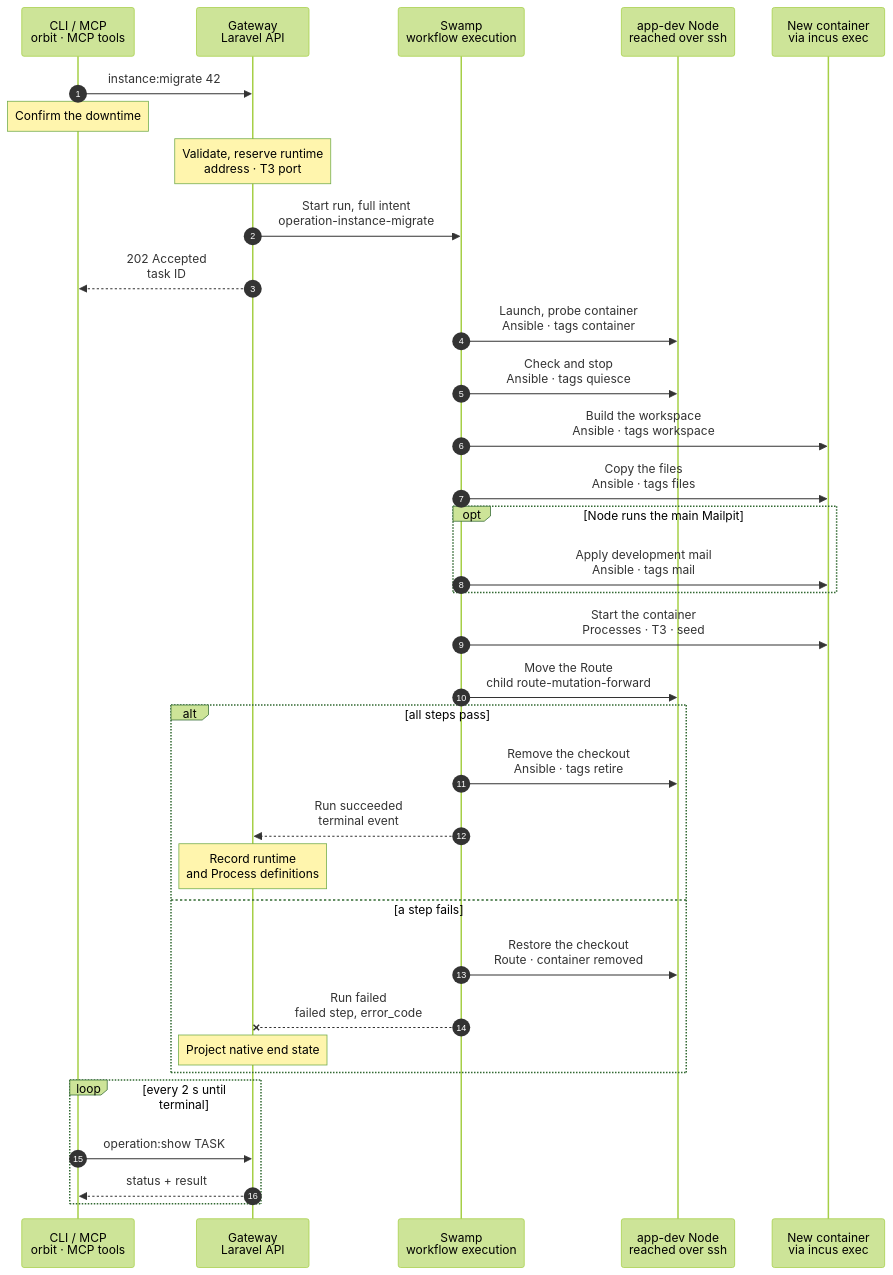
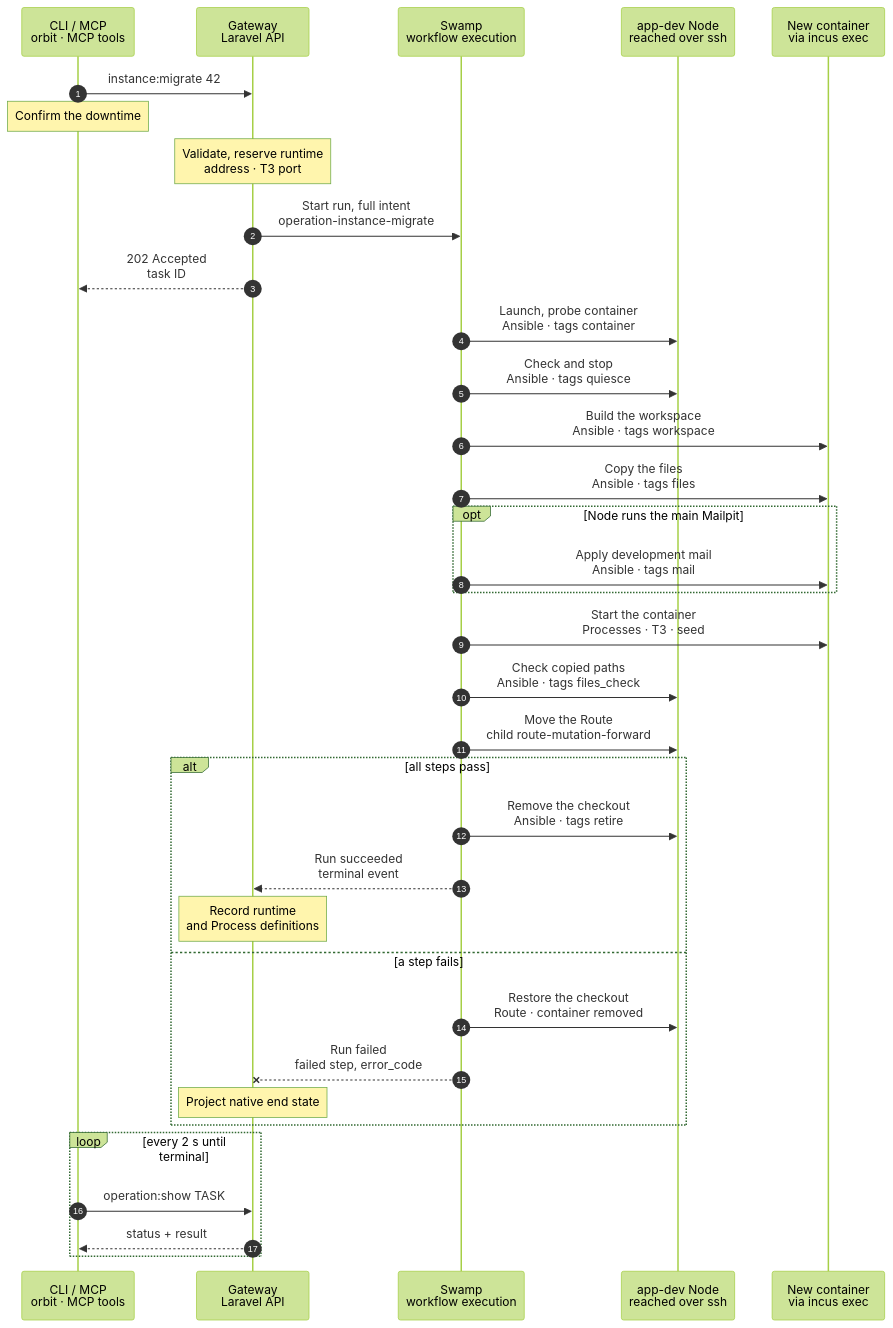
One commit to hardimpactdev/orbit changed the diagram in docs/cli/instance/migrate.mmd. Above: the diagram before and after it, drawn with Mermaid (forest theme). The commit also changed 14 other files, not shown here.

Commit message:
fix: preserve migration copy safety for untracked work

```diff
--- a/docs/cli/instance/migrate.mmd
+++ b/docs/cli/instance/migrate.mmd
@@ -45,7 +45,7 @@
   %%> What it does:
   %%> - before any Node change, checks the recorded branch and every planned retirement; a refusal leaves prior resources untouched
   %%> - checks checkout symlinks and dependency package links before creating the container, skipping `.git` and installed package contents; broken links or targets outside the checkout refuse with `instance.migrate_symlink_unsupported`, naming every path and target
-  %%> - retirement preflight refuses tracked staged or unstaged changes, other worktrees, unpushed local branches or detached HEAD and stashes, with their existing named errors; untracked files, ignored or not, do not block; it reads local refs only
+  %%> - retirement preflight refuses tracked staged or unstaged changes, other worktrees, unpushed local branches or detached HEAD and stashes, with their existing named errors; ordinary untracked files, ignored or not, do not block; submodule changes, including untracked submodule files, still refuse because the parent archive cannot preserve them; it reads local refs only
   %%> - checks service hosts selected by cache, session, queue, broadcasting, database or mail drivers (never by Redis client or endpoint declarations alone) in the checkout and nested app `.env` files before any probe or Node change; direct services require an exact endpoint from the shared container access plan; unsupported endpoints refuse with `instance.migrate_env_service_unreachable`, naming the file, key and host:port without credentials; unreadable syntax names only the file and line, and traversal/read failures name only the path
   %%> - selected SMTP on 127.0.0.1 or localhost, port 1025 or 2525, is satisfied by the same admitted main Mailpit endpoint used by the mail phase; absent mail explains the missing forwarder, and direct ::1 refuses because listeners are IPv4 only; both selector checks read the source before the copy and mailer rule
   %%> - deletes a container that an earlier failed move left, then creates and starts the new container through the shared container phase; discard leaves shared bridge endpoint rules for host reconciliation
@@ -66,7 +66,7 @@
   %%> - a non-default checkout is a linked worktree, so its `.git` is never copied
   SW->>C: Copy the files<br/>Ansible · tags files
   %%> What it does:
-  %%> - copies every file that differs from the commit, every untracked file and every ignored file, `.env` among them; the result counts copied untracked files, including ignored files, without paths or contents
+  %%> - copies every file that differs from the commit, every untracked file and every ignored file, `.env` among them; the result counts archived untracked leaf entries, including ignored files, nested repository contents and symlinks, without paths or contents
   %%> - untracked files enter the default's seed and every clone, as ignored build output already does; a later branch tracking those paths can refuse checkout in a clone or deploy; forgotten credentials travel into the seed like `.env`
   %%> - removes the tracked files that the checkout deleted, and rewrites the checkout's path in `.env` to `/srv/workspace`
   %%> - checks the exact copied tree inside the container, maps old-checkout targets into the workspace and rewrites absolute internal links there; broken or external links fail with the same code before any Process starts, relative links keep their targets, and source links never change
@@ -88,6 +88,11 @@
   %%> - `vp-dev` uses the runtime folder’s `current/bin/vp`, workspace paths and its assigned port on `0.0.0.0`; only the Node can reach that port, and Caddy sends `/__orbit/vite` there
   %%> - a non-default Instance gets `/etc/orbit/instance`, the agent settings and its T3 server, registered as in create
   %%> - a default Instance gets its first `seed-<commit>` snapshot
+  SW->>N: Check copied paths<br/>Ansible · tags files_check
+  %%> What it does:
+  %%> - compares current untracked paths, including leaves inside nested repositories, with the actual archive manifest before Route cut-over
+  %%> - new paths refuse with `instance.migrate_retirement_blocked`, naming at most 20 paths and their total count; the checkout is restored
+  %%> - repeats retirement guards; the final retirement check repeats the manifest comparison so a later arrival cannot silently succeed
   SW->>N: Move the Route<br/>child route-mutation-forward
   %%> What it does:
   %%> - points the Instance's Route at FrankenPHP in the container, and withdraws the checkout's PHP-FPM pool
```
